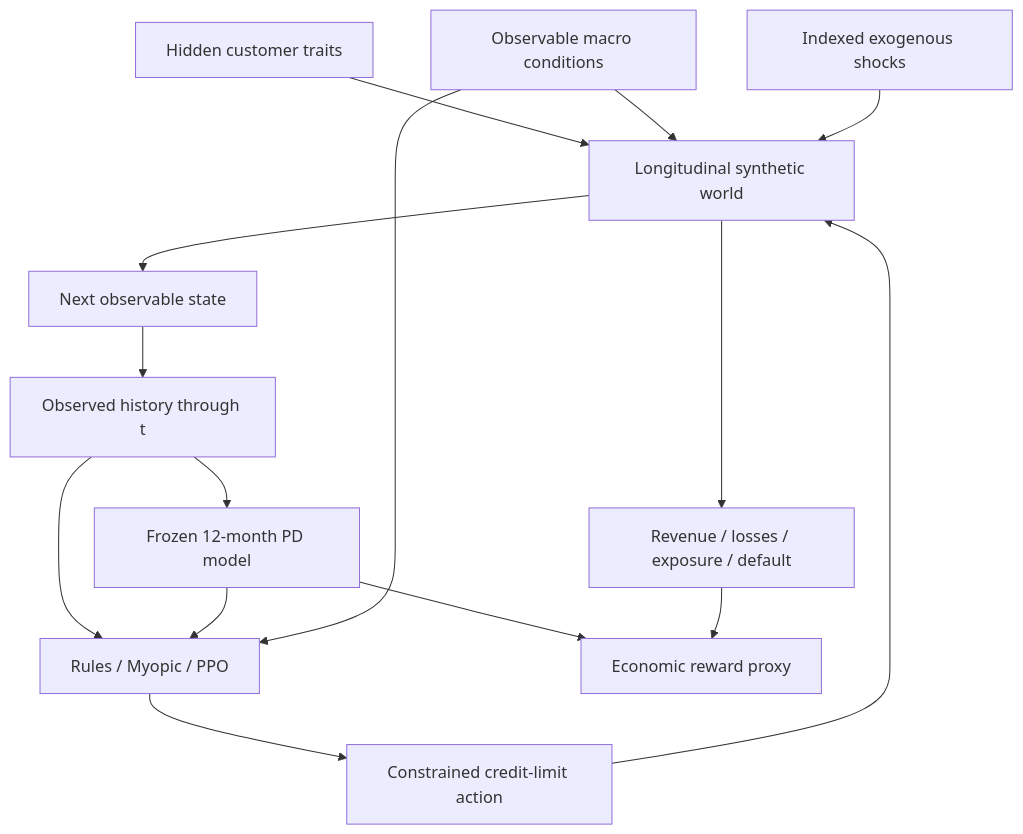
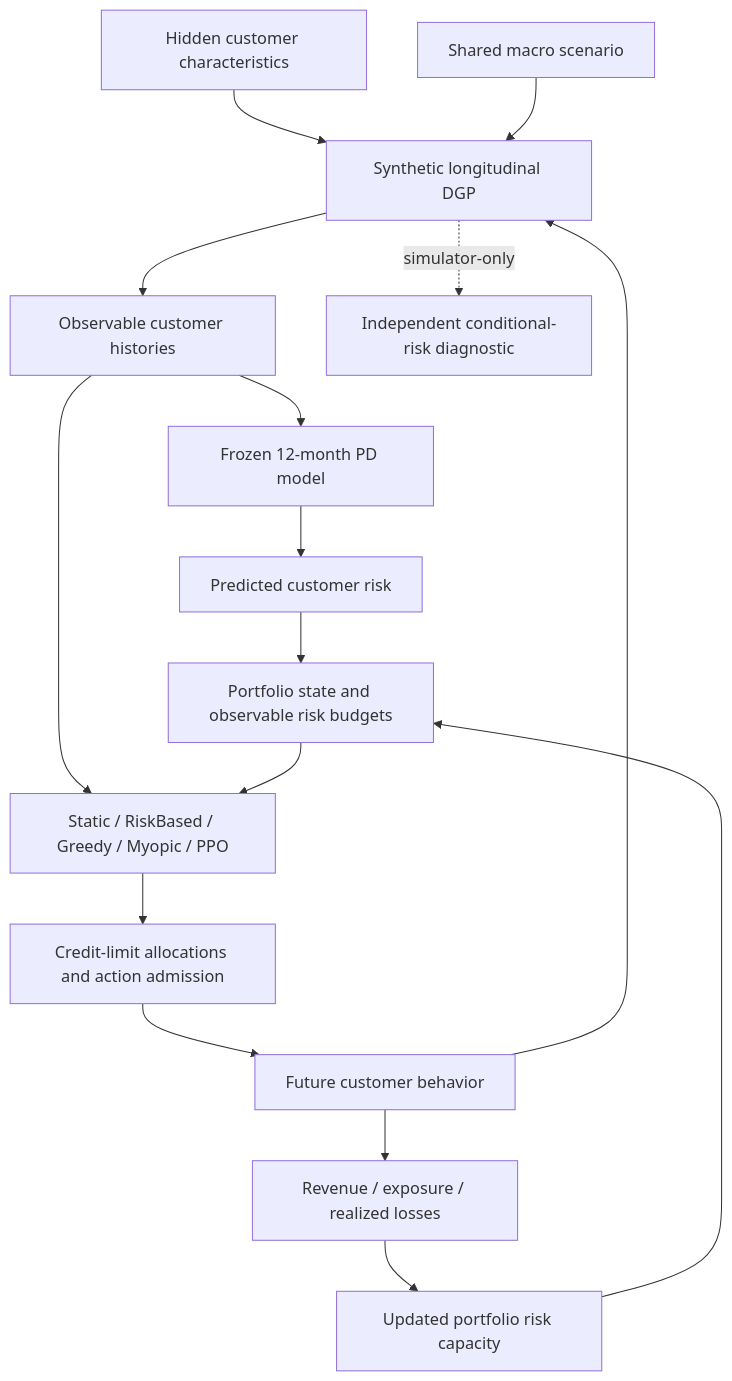
The diagram in README.md (Drivax/Dynamic-Credit-Limit-Optimization-with-RL-), drawn with Mermaid before and after one commit. The commit also changed other lines of this file and 75 other files, not shown here.

Commit message:
This PR introduces sequential credit-limit allocation with shared portfolio risk constraints, paired comparisons of rule-based, myopic and PPO policies

````diff
--- a/README.md
+++ b/README.md
@@ -13,17 +24,18 @@
 ```mermaid
 flowchart TD
-    Hidden[Hidden customer traits] --> World[Longitudinal synthetic world]
-    Macro[Observable macro conditions] --> World
-    Shocks[Indexed exogenous shocks] --> World
-    History[Observed history through t] --> Risk[Frozen 12-month PD model]
-    History --> Policy[Rules / Myopic / PPO]
-    Risk --> Policy
-    Macro --> Policy
-    Policy --> Action[Constrained credit-limit action]
-    Action --> World
-    World --> Next[Next observable state]
-    Next --> History
-    World --> Outcomes[Revenue / losses / exposure / default]
-    Risk --> Reward[Economic reward proxy]
-    Outcomes --> Reward
+    Hidden[Hidden customer characteristics] --> DGP[Synthetic longitudinal DGP]
+    Macro[Shared macro scenario] --> DGP
+    DGP --> Public[Observable customer histories]
+    Public --> PD[Frozen 12-month PD model]
+    PD --> Risk[Predicted customer risk]
+    Risk --> Book[Portfolio state and observable risk budgets]
+    Public --> Policy[Static / RiskBased / Greedy / Myopic / PPO]
+    Book --> Policy
+    Policy --> Allocation[Credit-limit allocations and action admission]
+    Allocation --> Behavior[Future customer behavior]
+    Behavior --> DGP
+    Behavior --> Outcomes[Revenue / exposure / realized losses]
+    Outcomes --> Update[Updated portfolio risk capacity]
+    Update --> Book
+    DGP -. simulator-only .-> Diagnostic[Independent conditional-risk diagnostic]
 ```
````
